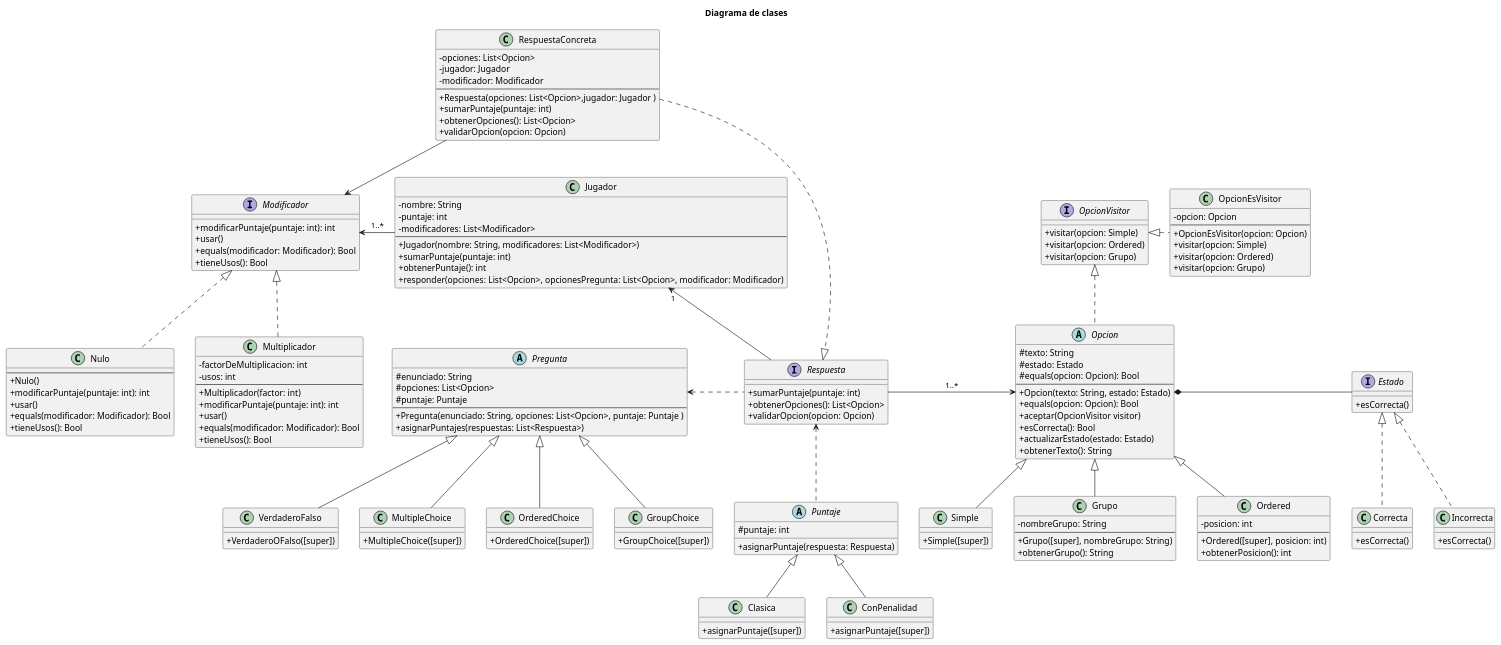
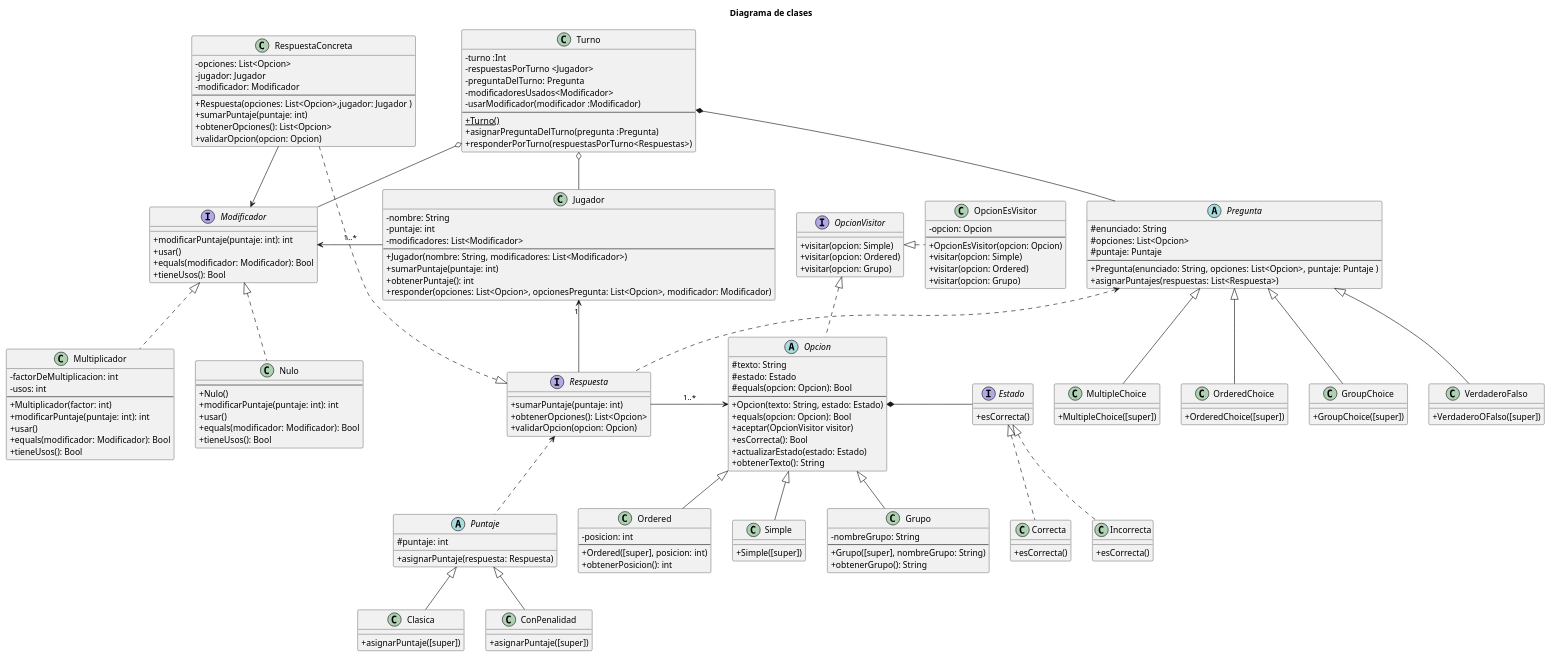
The diagram in diagrams/classes/diagrama_clase_entrega_2.puml (laldonate96/Algo3-TP2), drawn with PlantUML before and after one commit. The commit also changed 2 other files, not shown here.

Commit message:
primera implementacion y testeo de turno

```diff
--- a/diagrams/classes/diagrama_clase_entrega_2.puml
+++ b/diagrams/classes/diagrama_clase_entrega_2.puml
@@ -1,169 +1,186 @@
 @startuml diagrama de clases
 skinparam classAttributeIconSize 0
 title Diagrama de clases
 
 class Jugador{
     - nombre: String
     - puntaje: int
     - modificadores: List<Modificador>
     ---
     + Jugador(nombre: String, modificadores: List<Modificador>)
     + sumarPuntaje(puntaje: int)
     + obtenerPuntaje(): int
     + responder(opciones: List<Opcion>, opcionesPregunta: List<Opcion>, modificador: Modificador)
 }
 
 interface Modificador {
     + modificarPuntaje(puntaje: int): int
     + usar()
     + equals(modificador: Modificador): Bool
     + tieneUsos(): Bool
 }
 
 class Multiplicador {
     - factorDeMultiplicacion: int
     - usos: int
     ---
     + Multiplicador(factor: int)
     + modificarPuntaje(puntaje: int): int
     + usar()
     + equals(modificador: Modificador): Bool
     + tieneUsos(): Bool
 }
 
 class Nulo {
     ---
     + Nulo()
     + modificarPuntaje(puntaje: int): int
     + usar()
     + equals(modificador: Modificador): Bool
     + tieneUsos(): Bool
 }
 
 interface Respuesta {
     + sumarPuntaje(puntaje: int)
     + obtenerOpciones(): List<Opcion>
     + validarOpcion(opcion: Opcion)
 }
 
 Class RespuestaConcreta {
     - opciones: List<Opcion>
     - jugador: Jugador
     - modificador: Modificador
     ---
     + Respuesta(opciones: List<Opcion>,jugador: Jugador )
     + sumarPuntaje(puntaje: int)
     + obtenerOpciones(): List<Opcion>
     + validarOpcion(opcion: Opcion)
 }
 
  abstract class Puntaje {
      # puntaje: int
      + asignarPuntaje(respuesta: Respuesta)
 }
 
 class Clasica extends Puntaje{
      + asignarPuntaje([super])
 }
 
 class ConPenalidad extends Puntaje{
      + asignarPuntaje([super])
 }
 
 abstract class Pregunta {
     # enunciado: String
     # opciones: List<Opcion>
     # puntaje: Puntaje
     ---
     + Pregunta(enunciado: String, opciones: List<Opcion>, puntaje: Puntaje )
     + asignarPuntajes(respuestas: List<Respuesta>)
 }
 
 class VerdaderoFalso extends Pregunta {
     +VerdaderoOFalso([super])
 }
 
 class MultipleChoice extends Pregunta {
     +MultipleChoice([super])
 }
 
 class OrderedChoice extends Pregunta {
     +OrderedChoice([super])
 }
 
 class GroupChoice extends Pregunta {
     +GroupChoice([super])
 }
 
 abstract class Opcion {
     #texto: String
     #estado: Estado
     #equals(opcion: Opcion): Bool
     ---
     +Opcion(texto: String, estado: Estado)
     +equals(opcion: Opcion): Bool
     +aceptar(OpcionVisitor visitor)
     +esCorrecta(): Bool
     +actualizarEstado(estado: Estado)
     +obtenerTexto(): String
 }
 
 class Ordered extends Opcion {
     -posicion: int
     ---
     +Ordered([super], posicion: int)
     +obtenerPosicion(): int
 }
 
 class Simple extends Opcion {
     +Simple([super])
 }
 
 class Grupo extends Opcion {
     -nombreGrupo: String
     ---
     +Grupo([super], nombreGrupo: String)
     +obtenerGrupo(): String
 }
 
 interface Estado {
     + esCorrecta()
 }
 
 class Correcta implements Estado {
     + esCorrecta()
 }
 
 class Incorrecta implements Estado {
     + esCorrecta()
 }
 
 interface OpcionVisitor {
     + visitar(opcion: Simple)
     + visitar(opcion: Ordered)
     + visitar(opcion: Grupo)
 }
 
 class OpcionEsVisitor {
     -opcion: Opcion
     ---
     + OpcionEsVisitor(opcion: Opcion)
     + visitar(opcion: Simple)
     + visitar(opcion: Ordered)
     + visitar(opcion: Grupo)
 }
 
+class Turno {
+    - turno :Int
+    - respuestasPorTurno <Jugador>
+    - preguntaDelTurno: Pregunta
+    - modificadoresUsados<Modificador>
+    - usarModificador(modificador :Modificador)
+    ---
+    + {static} Turno()
+    + asignarPreguntaDelTurno(pregunta :Pregunta)
+    + responderPorTurno(respuestasPorTurno<Respuestas>)
+}
+
+
+Turno o-- Jugador
+Turno o-- Modificador
+Turno *-- Pregunta
 Jugador "1" <-d- Respuesta
 Respuesta .l.> Pregunta
 Puntaje .u.> Respuesta
 Opcion *-r- Estado
 Respuesta -> Opcion:"1..*"
 Opcion .u.|> OpcionVisitor
 OpcionEsVisitor .l.|> OpcionVisitor
 RespuestaConcreta ..|> Respuesta
 Jugador -l> Modificador: "1..*"
 Multiplicador .u.|> Modificador
 Nulo .u.|> Modificador
 RespuestaConcreta --> Modificador
 
+
 @enduml
```
